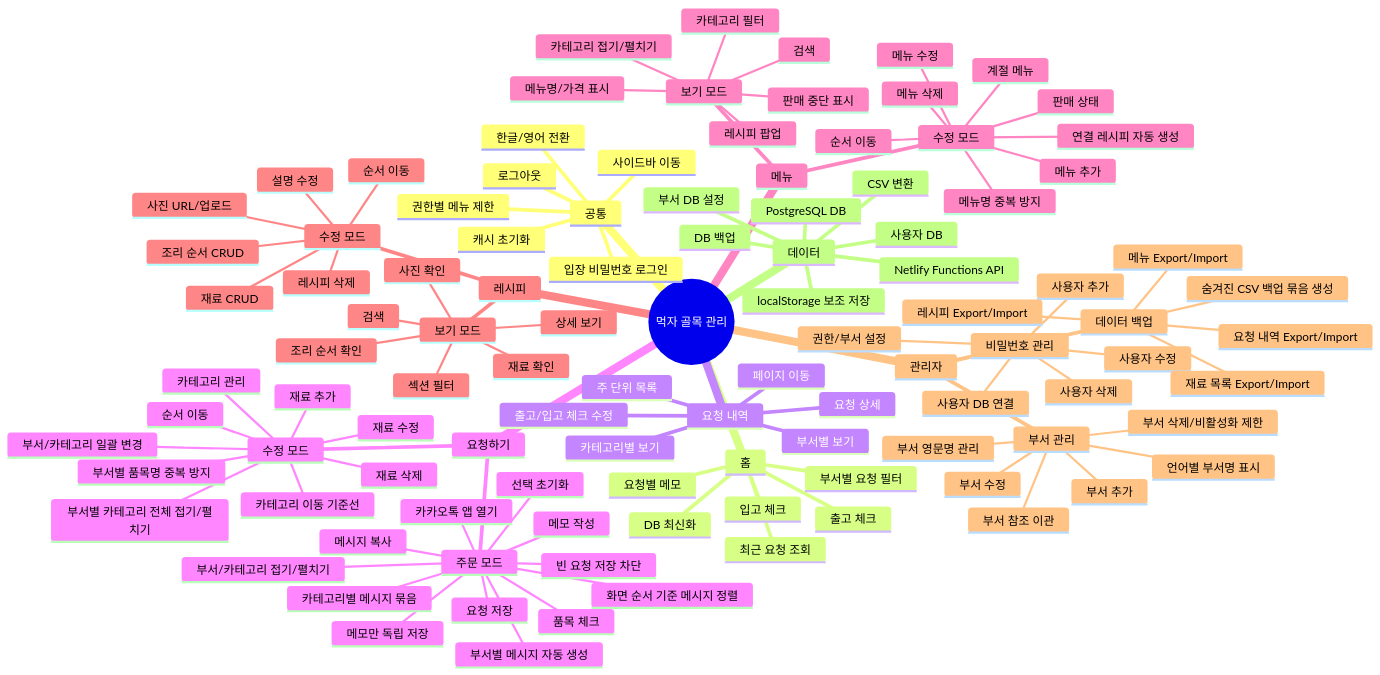
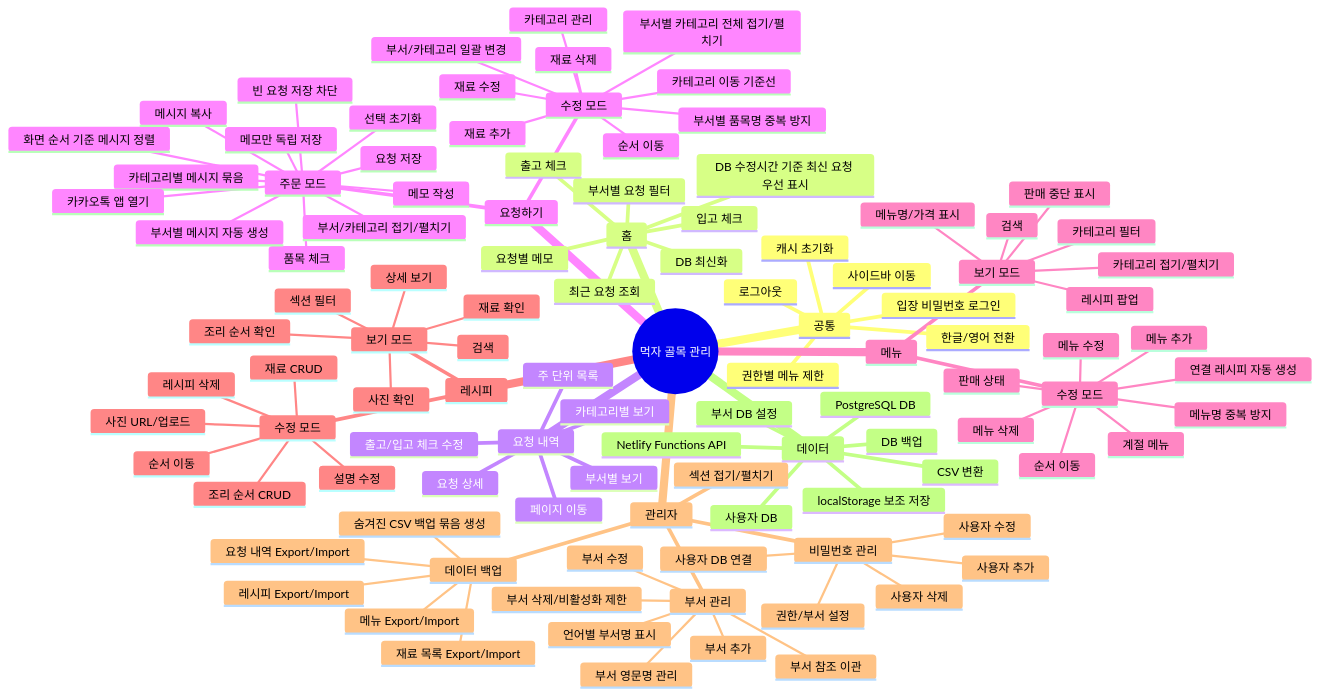
The diagram in docs/mukja-function-tree-ko.md (itsfreedom/mukja), drawn with Mermaid before and after one commit. The commit also changed other lines of this file and 15 other files, not shown here.

```diff
--- a/docs/mukja-function-tree-ko.md
+++ b/docs/mukja-function-tree-ko.md
@@ -19,6 +19,7 @@
       캐시 초기화
     홈
       최근 요청 조회
+      DB 수정시간 기준 최신 요청 우선 표시
       부서별 요청 필터
       입고 체크
       출고 체크
@@ -88,6 +89,7 @@
         순서 이동
         레시피 삭제
     관리자
+      섹션 접기/펼치기
       부서 관리
         부서 추가
         부서 수정
```
